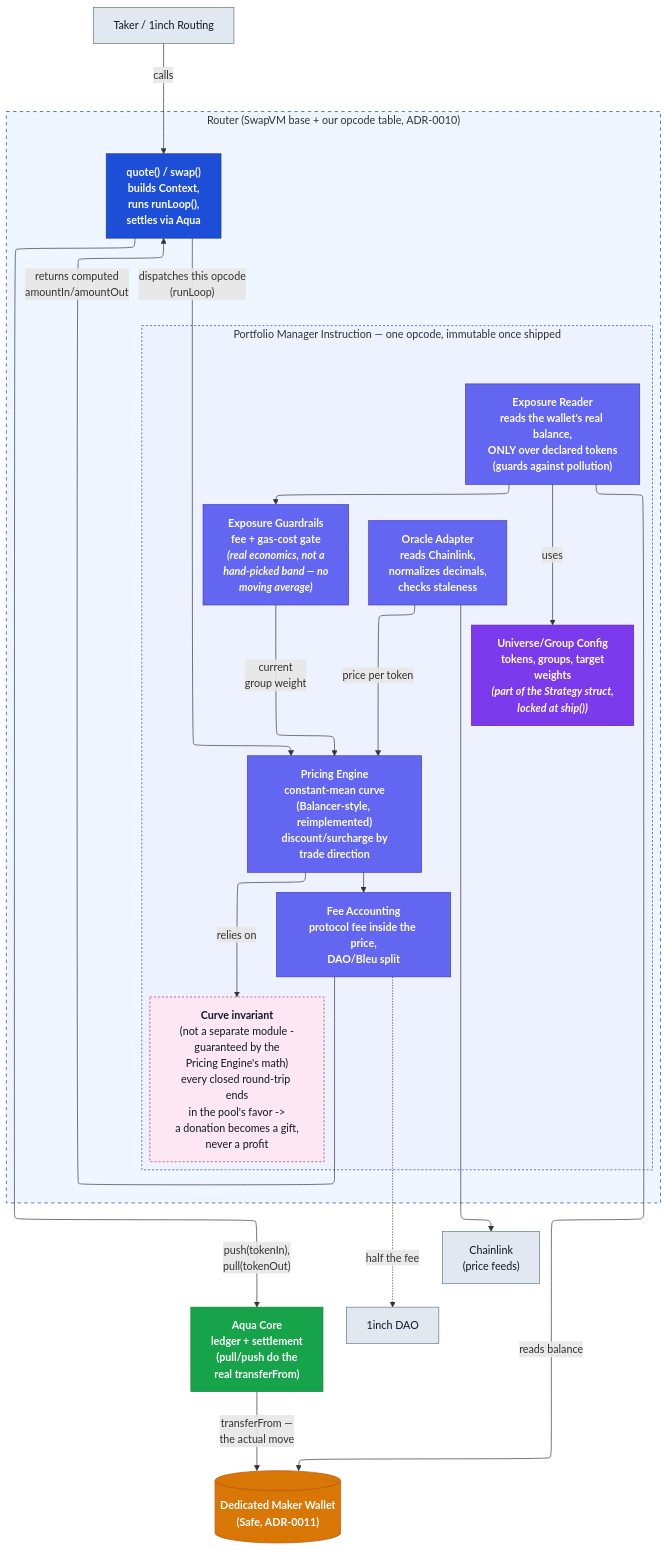
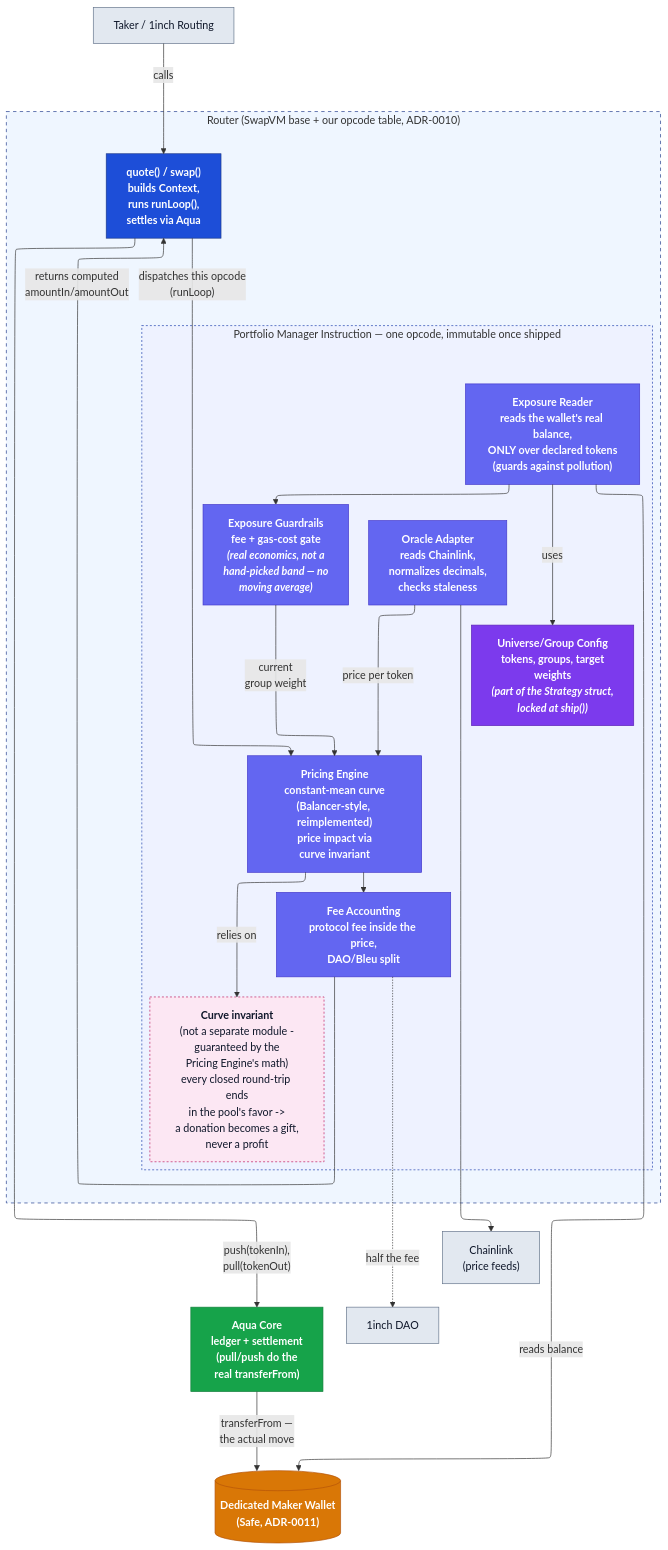
One commit to bleu/aqua-portfolio-manager changed the second of 2 diagrams in docs/ARCHITECTURE.md. Above: the diagram before and after it, drawn with Mermaid. The commit also changed other lines of this file and 9 other files, not shown here.

````diff
--- a/docs/ARCHITECTURE.md
+++ b/docs/ARCHITECTURE.md
@@ -104,64 +104,64 @@
 ```mermaid
 %%{init: {"flowchart": {"defaultRenderer": "elk"}} }%%
 flowchart TD
     Taker["Taker / 1inch Routing"]
     Aqua["<b>Aqua Core</b><br/>ledger + settlement<br/>(pull/push do the<br/>real transferFrom)"]
     Wallet[("Dedicated Maker Wallet<br/>(Safe, ADR-0011)")]
     Chainlink["Chainlink<br/>(price feeds)"]
 
     subgraph RouterBox["Router (SwapVM base + our opcode table, ADR-0010)"]
         Entrypoints["<b>quote() / swap()</b><br/>builds Context,<br/>runs runLoop(),<br/>settles via Aqua"]
 
         subgraph Strategy["Portfolio Manager Instruction — one opcode, immutable once shipped"]
             Config["<b>Universe/Group Config</b><br/>tokens, groups, target<br/>weights<br/><i>(part of the Strategy struct,<br/>locked at ship())</i>"]
 
             ExposureReader["<b>Exposure Reader</b><br/>reads the wallet's real balance,<br/>ONLY over declared tokens<br/>(guards against pollution)"]
 
             Smoothing["<b>Exposure Guardrails</b><br/>fee + gas-cost gate<br/><i>(real economics, not a<br/>hand-picked band — no<br/>moving average)</i>"]
 
             OracleAdapter["<b>Oracle Adapter</b><br/>reads Chainlink,<br/>normalizes decimals,<br/>checks staleness"]
 
-            PricingEngine["<b>Pricing Engine</b><br/>constant-mean curve<br/>(Balancer-style, reimplemented)<br/>discount/surcharge by<br/>trade direction"]
+            PricingEngine["<b>Pricing Engine</b><br/>constant-mean curve<br/>(Balancer-style, reimplemented)<br/>price impact via<br/>curve invariant"]
 
             FeeAccounting["<b>Fee Accounting</b><br/>protocol fee inside the price,<br/>DAO/Bleu split"]
 
             Invariant["<b>Curve invariant</b><br/>(not a separate module -<br/>guaranteed by the<br/>Pricing Engine's math)<br/>every closed round-trip ends<br/>in the pool's favor -><br/>a donation becomes a gift,<br/>never a profit"]
         end
     end
 
     DAO["1inch DAO"]
 
     Taker -->|"calls"| Entrypoints
     Entrypoints -->|"dispatches this opcode<br/>(runLoop)"| PricingEngine
     ExposureReader -->|"reads balance"| Wallet
     ExposureReader -->|"uses"| Config
     ExposureReader --> Smoothing
     Smoothing -->|"current<br/>group weight"| PricingEngine
     OracleAdapter --> Chainlink
     OracleAdapter -->|"price per token"| PricingEngine
     PricingEngine -->|"relies on"| Invariant
     PricingEngine --> FeeAccounting
     FeeAccounting -->|"returns computed<br/>amountIn/amountOut"| Entrypoints
     Entrypoints -->|"push(tokenIn),<br/>pull(tokenOut)"| Aqua
     Aqua -->|"transferFrom —<br/>the actual move"| Wallet
     FeeAccounting -.->|"half the fee"| DAO
 
     classDef aqua fill:#16a34a,stroke:#15803d,color:#ffffff,font-weight:bold
     classDef wallet fill:#d97706,stroke:#b45309,color:#ffffff,font-weight:bold
     classDef external fill:#e2e8f0,stroke:#64748b,color:#0f172a
     classDef config fill:#7c3aed,stroke:#5b21b6,color:#ffffff,font-weight:bold
     classDef logic fill:#6366f1,stroke:#4338ca,color:#ffffff,font-weight:bold
     classDef invariant fill:#fce7f3,stroke:#be185d,color:#0f172a,stroke-dasharray: 3 3
     classDef router fill:#1d4ed8,stroke:#1e3a8a,color:#ffffff,font-weight:bold
 
     class Aqua aqua
     class Wallet wallet
     class Chainlink,DAO,Taker external
     class Config config
     class ExposureReader,Smoothing,OracleAdapter,PricingEngine,FeeAccounting logic
     class Invariant invariant
     class Entrypoints router
 
     style RouterBox fill:#eff6ff,stroke:#1e3a8a,stroke-dasharray: 5 5
     style Strategy fill:#eef2ff,stroke:#1e40af,stroke-dasharray: 3 3
 ```
````
